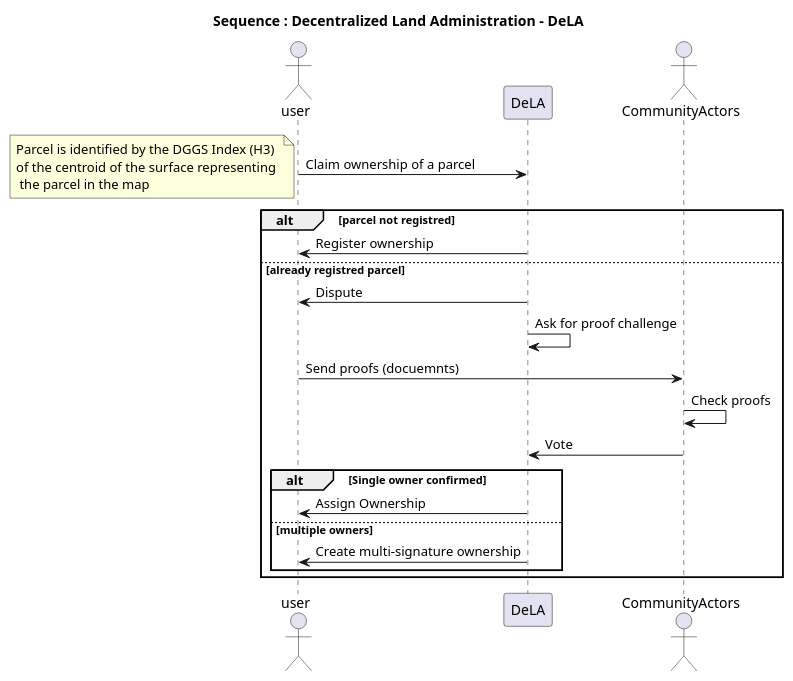
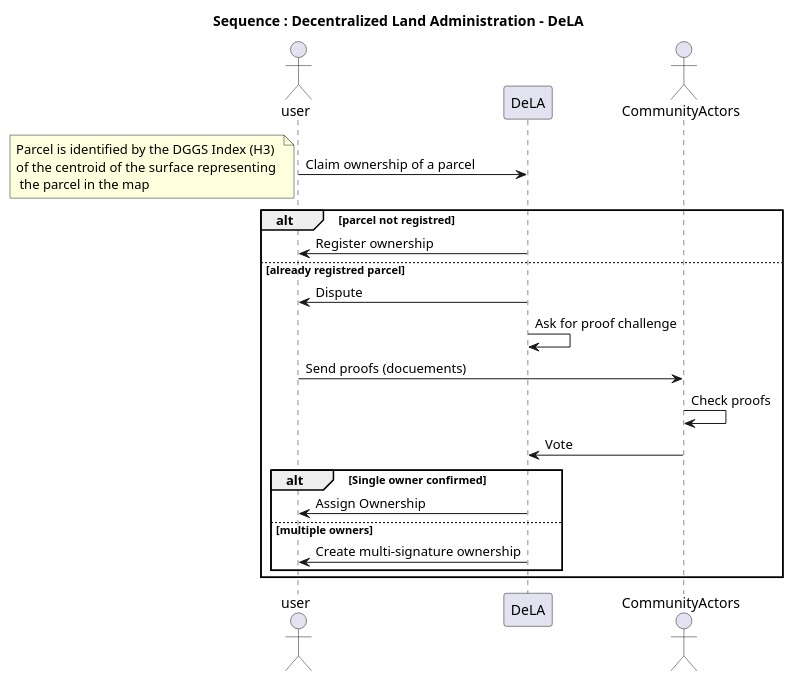
One commit to enlight-me/decentralized-land-admin changed the diagram in docs/diagrams/src/sequence-dela-global.wsd. Above: the diagram before and after it, drawn with PlantUML. The commit also changed 21 other files, not shown here.

```diff
--- a/docs/diagrams/src/sequence-dela-global.wsd
+++ b/docs/diagrams/src/sequence-dela-global.wsd
@@ -1,25 +1,25 @@
 @startuml seq-dela-global
 title Sequence : Decentralized Land Administration - DeLA
 actor user
 participant DeLA
 actor CommunityActors
 
 user -> DeLA : Claim ownership of a parcel
 note left : Parcel is identified by the DGGS Index (H3) \nof the centroid of the surface representing \n the parcel in the map 
 alt parcel not registred
 	DeLA -> user : Register ownership
 else already registred parcel
     DeLA -> user : Dispute
     DeLA -> DeLA : Ask for proof challenge
-    user -> CommunityActors : Send proofs (docuemnts)
+    user -> CommunityActors : Send proofs (docuements)
     CommunityActors -> CommunityActors : Check proofs
     CommunityActors -> DeLA : Vote 
         alt Single owner confirmed
             DeLA -> user : Assign Ownership
         else multiple owners
             DeLA -> user : Create multi-signature ownership 
         end
 end 
 
 
 @enduml
```
